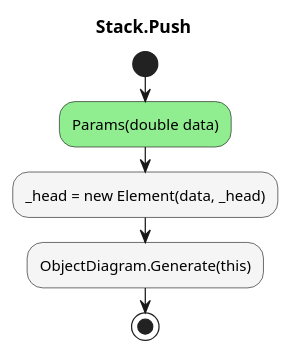
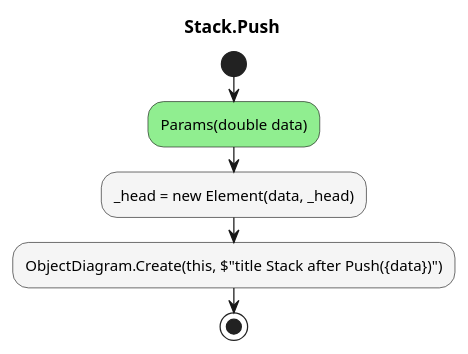
The diagram in UPNCalculator.ConApp/diagrams/ac_Stack_Push.puml (leoggehrer/2324-34_ABIF_ACIF_POSE), drawn with PlantUML before and after one commit. The commit also changed 14 other files, not shown here.

```diff
--- a/UPNCalculator.ConApp/diagrams/ac_Stack_Push.puml
+++ b/UPNCalculator.ConApp/diagrams/ac_Stack_Push.puml
@@ -1,8 +1,8 @@
 @startuml Stack.Push
 title Stack.Push
 start
 #LightGreen:Params(double data);
 #WhiteSmoke:_head = new Element(data, _head);
-#WhiteSmoke:ObjectDiagram.Generate(this);
+#WhiteSmoke:ObjectDiagram.Create(this, $"title Stack after Push({data})");
 stop
 @enduml
```
